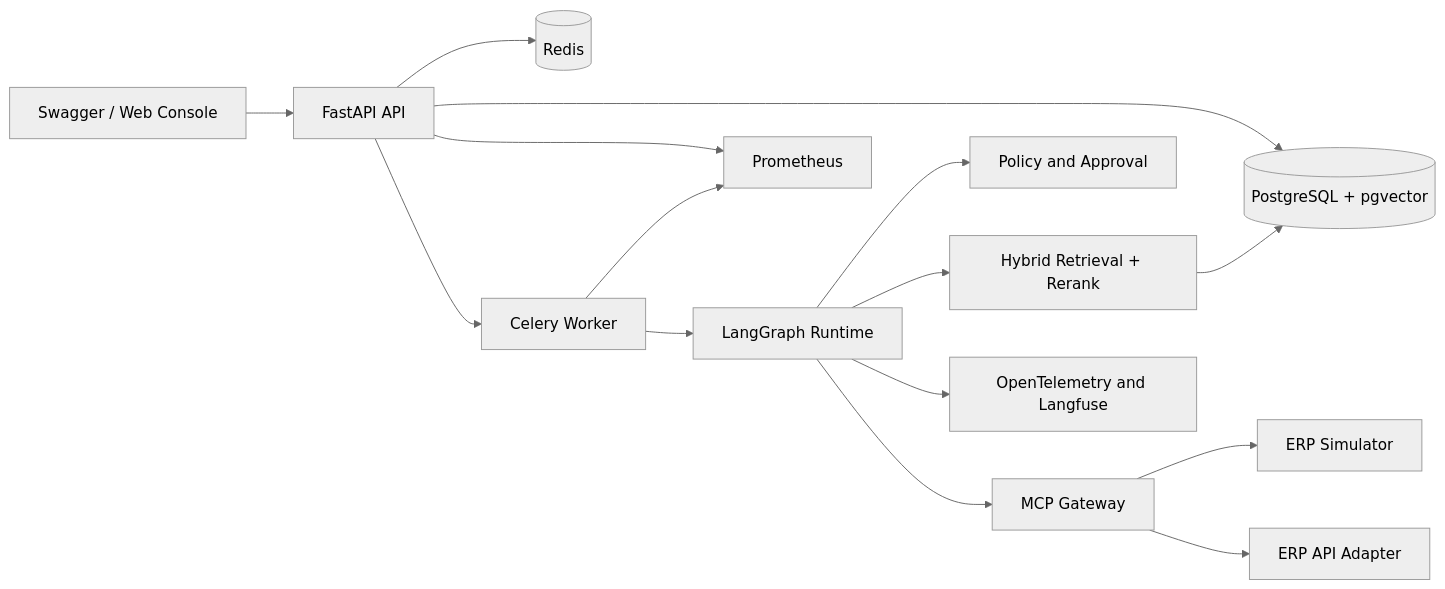
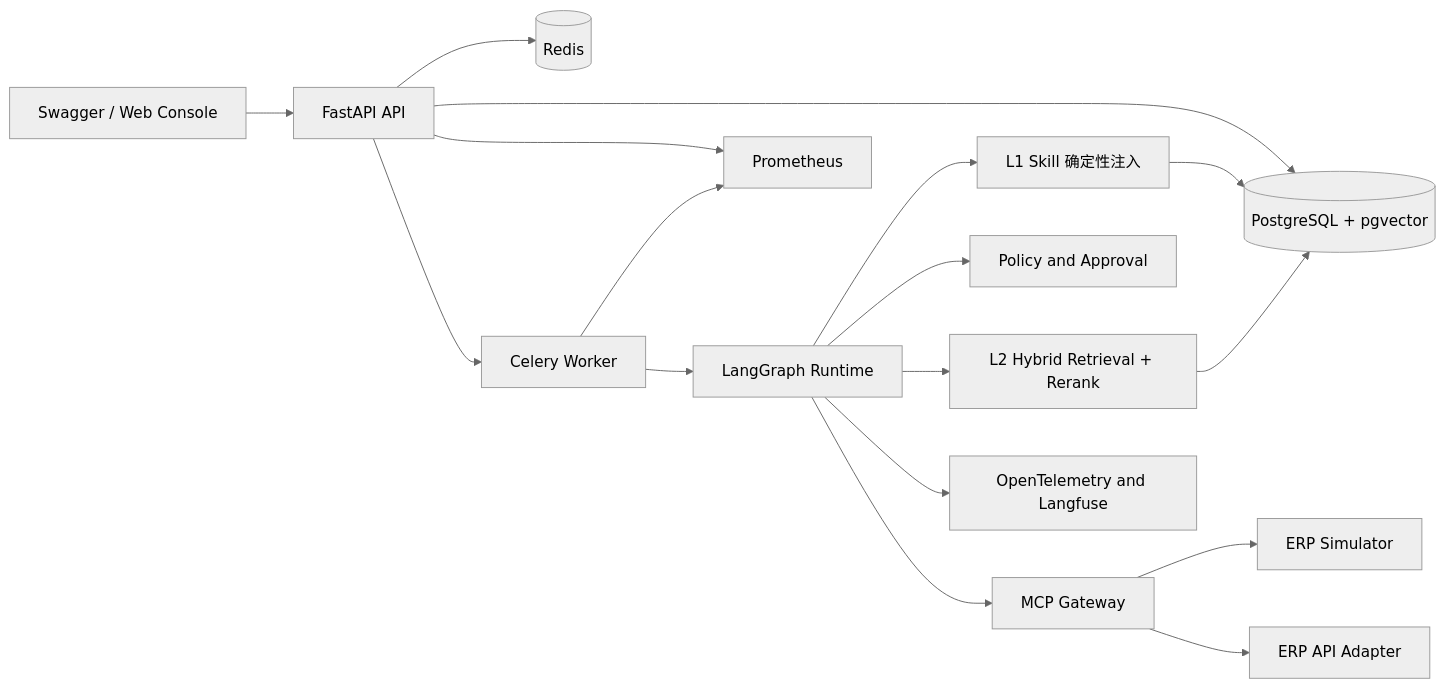
One commit to jubai123/erp-agent-copilot changed the diagram in docs/02-system-architecture.md. Above: the diagram before and after it, drawn with Mermaid (neutral theme). The commit also changed other lines of this file and 125 other files, not shown here.

````diff
--- a/docs/02-system-architecture.md
+++ b/docs/02-system-architecture.md
@@ -14,17 +16,19 @@
 ```mermaid
 flowchart LR
     UI[Swagger / Web Console] --> API[FastAPI API]
     API --> PG[(PostgreSQL + pgvector)]
     API --> REDIS[(Redis)]
     API --> WORKER[Celery Worker]
     WORKER --> GRAPH[LangGraph Runtime]
-    GRAPH --> RETRIEVAL[Hybrid Retrieval + Rerank]
+    GRAPH --> L1[L1 Skill 确定性注入]
+    GRAPH --> RETRIEVAL[L2 Hybrid Retrieval + Rerank]
     GRAPH --> POLICY[Policy and Approval]
     GRAPH --> MCP[MCP Gateway]
+    L1 --> PG
     RETRIEVAL --> PG
     MCP --> SIM[ERP Simulator]
     MCP --> ERP[ERP API Adapter]
     GRAPH --> TRACE[OpenTelemetry and Langfuse]
     API --> METRICS[Prometheus]
     WORKER --> METRICS
 ```
````
